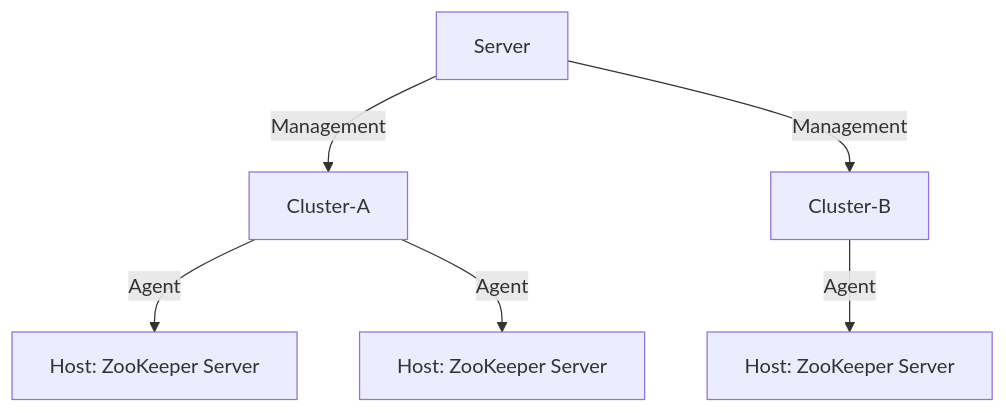
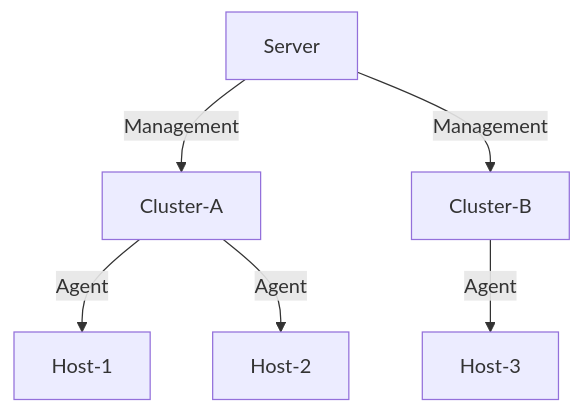
The first of 2 diagrams in docs/zh/architecture.md (apache/bigtop-manager), drawn with Mermaid before and after one commit. The commit also changed other lines of this file, not shown here.

Commit message:
update img

````diff
--- a/docs/zh/architecture.md
+++ b/docs/zh/architecture.md
@@ -35,8 +35,8 @@
 ```mermaid
 graph TD
     Server-->|Management|Cluster-A
     Server-->|Management|Cluster-B
-    Cluster-A-->|Agent|Host1[Host: ZooKeeper Server]
-    Cluster-A-->|Agent|Host2[Host: ZooKeeper Server]
-    Cluster-B-->|Agent|Host3[Host: ZooKeeper Server]
+    Cluster-A-->|Agent|Host-1
+    Cluster-A-->|Agent|Host-2
+    Cluster-B-->|Agent|Host-3
 ```
````
